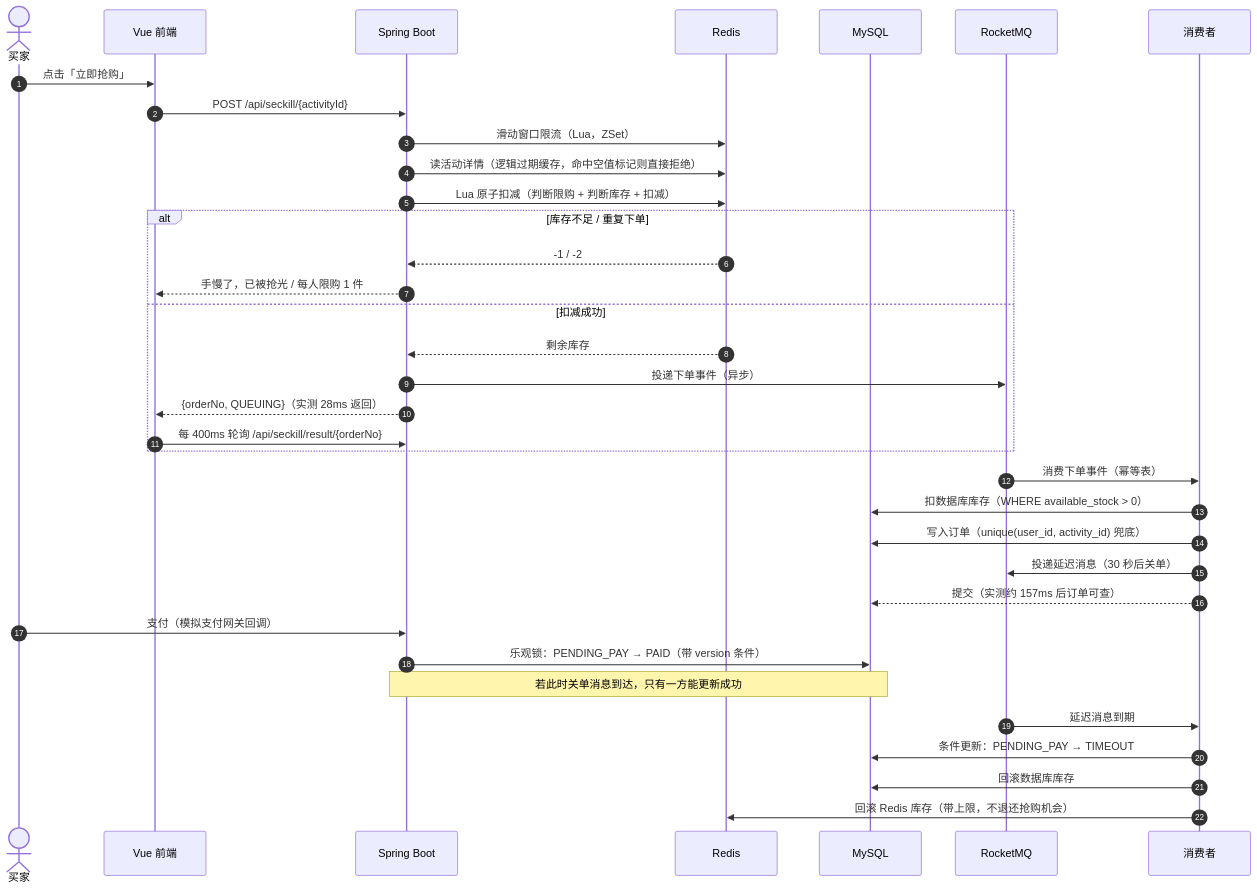
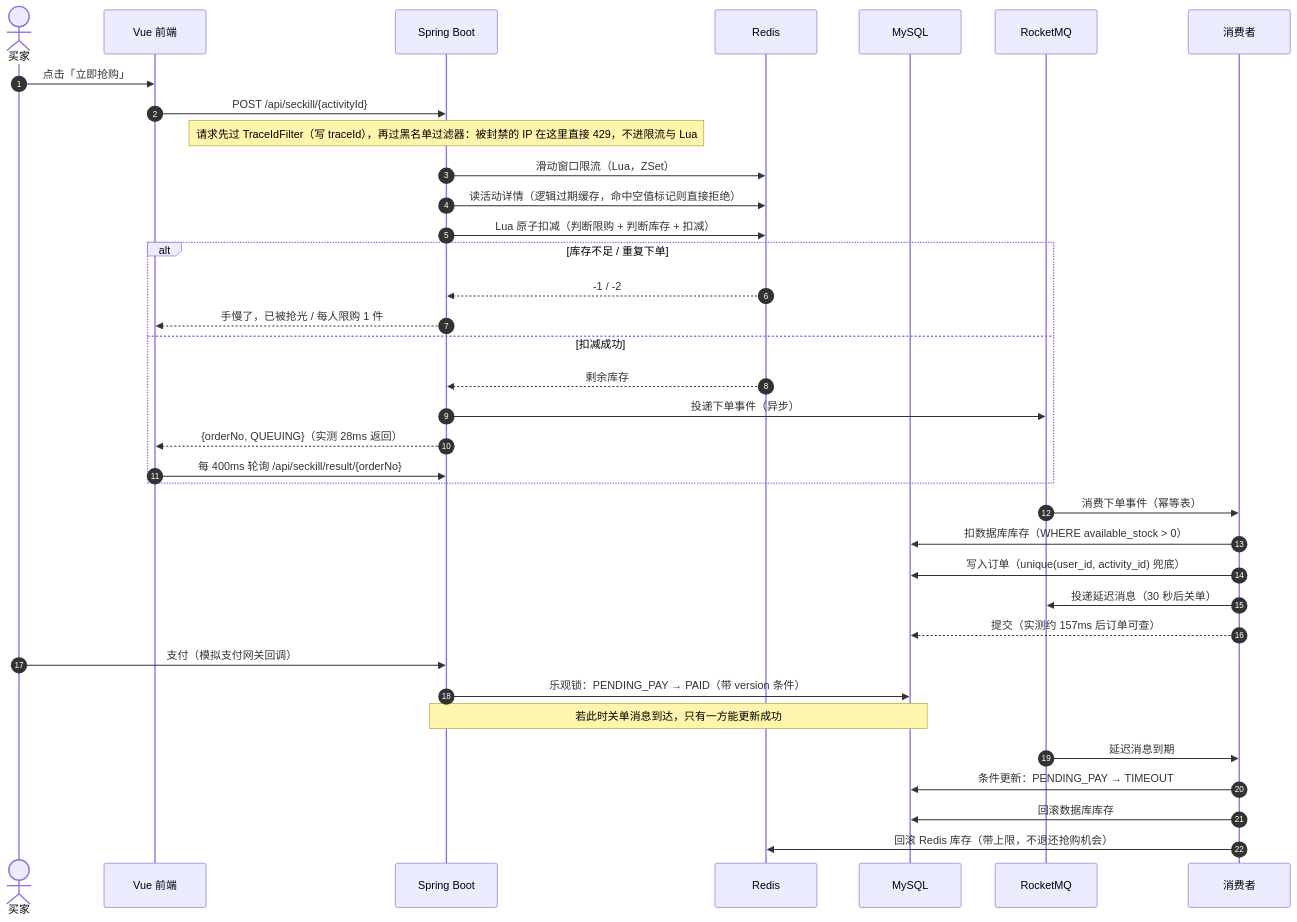
Before and after one commit to Logos-solipsism/flashmart: the diagram in README.md, drawn with Mermaid. The commit also changed other lines of this file and 5 other files, not shown here.

````diff
--- a/README.md
+++ b/README.md
@@ -87,41 +88,42 @@
 ```mermaid
 sequenceDiagram
     autonumber
     actor Buyer as 买家
     participant Web as Vue 前端
     participant API as Spring Boot
     participant Redis as Redis
     participant DB as MySQL
     participant MQ as RocketMQ
     participant Worker as 消费者
 
     Buyer->>Web: 点击「立即抢购」
     Web->>API: POST /api/seckill/{activityId}
+    Note over API: 请求先过 TraceIdFilter（写 traceId），再过黑名单过滤器：被封禁的 IP 在这里直接 429，不进限流与 Lua
     API->>Redis: 滑动窗口限流（Lua，ZSet）
     API->>Redis: 读活动详情（逻辑过期缓存，命中空值标记则直接拒绝）
     API->>Redis: Lua 原子扣减（判断限购 + 判断库存 + 扣减）
     alt 库存不足 / 重复下单
         Redis-->>API: -1 / -2
         API-->>Web: 手慢了，已被抢光 / 每人限购 1 件
     else 扣减成功
         Redis-->>API: 剩余库存
         API->>MQ: 投递下单事件（异步）
         API-->>Web: {orderNo, QUEUING}（实测 28ms 返回）
         Web->>API: 每 400ms 轮询 /api/seckill/result/{orderNo}
     end
 
     MQ->>Worker: 消费下单事件（幂等表）
     Worker->>DB: 扣数据库库存（WHERE available_stock > 0）
     Worker->>DB: 写入订单（unique(user_id, activity_id) 兜底）
     Worker->>MQ: 投递延迟消息（30 秒后关单）
     Worker-->>DB: 提交（实测约 157ms 后订单可查）
 
     Buyer->>API: 支付（模拟支付网关回调）
     API->>DB: 乐观锁：PENDING_PAY → PAID（带 version 条件）
     Note over API,DB: 若此时关单消息到达，只有一方能更新成功
 
     MQ->>Worker: 延迟消息到期
     Worker->>DB: 条件更新：PENDING_PAY → TIMEOUT
     Worker->>DB: 回滚数据库库存
     Worker->>Redis: 回滚 Redis 库存（带上限，不退还抢购机会）
 ```
````
